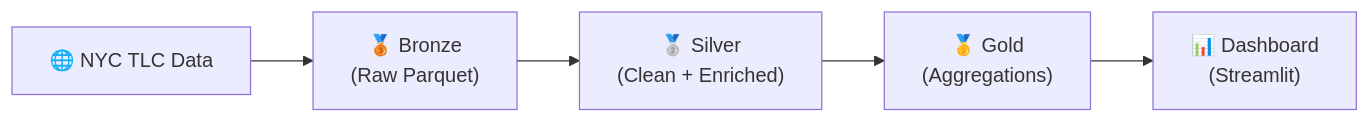
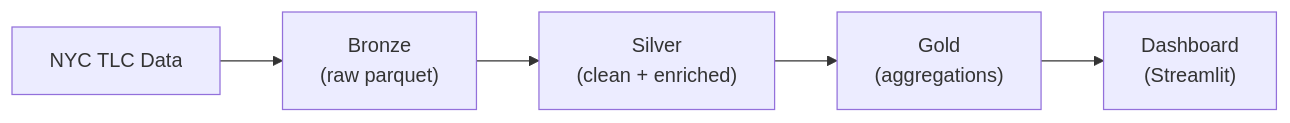
The diagram in README.md (PedroFlores199/nyc-taxi-lakehouse), drawn with Mermaid before and after one commit. The commit also changed other lines of this file, not shown here.

````diff
--- a/README.md
+++ b/README.md
@@ -11,7 +9,7 @@
 ```mermaid
 flowchart LR
-    A["🌐 NYC TLC Data"] --> B["🥉 Bronze\n(Raw Parquet)"]
-    B --> C["🥈 Silver\n(Clean + Enriched)"]
-    C --> D["🥇 Gold\n(Aggregations)"]
-    D --> E["📊 Dashboard\n(Streamlit)"]
+    A["NYC TLC Data"] --> B["Bronze\n(raw parquet)"]
+    B --> C["Silver\n(clean + enriched)"]
+    C --> D["Gold\n(aggregations)"]
+    D --> E["Dashboard\n(Streamlit)"]
 ```
````
